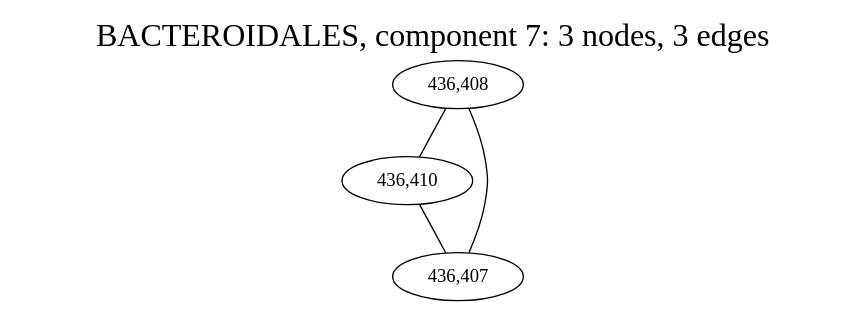
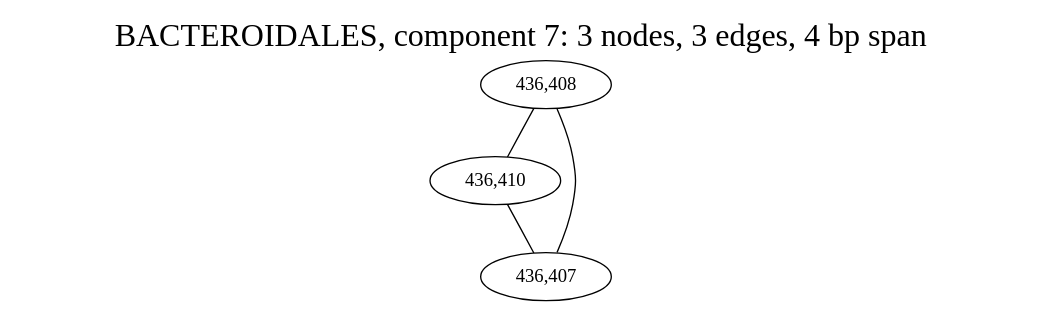
One commit to fedarko/sheepgut changed the diagram in notebooks/graphs/BACTEROIDALES_cc7.gv. Above: the diagram before and after it, drawn with Graphviz. The commit also changed 33 other files, not shown here.

```diff
--- a/notebooks/graphs/BACTEROIDALES_cc7.gv
+++ b/notebooks/graphs/BACTEROIDALES_cc7.gv
@@ -1,13 +1,13 @@
 graph BACTEROIDALES_cc7 {
 	overlap="prism50";
 	outputorder="edgesfirst";
-	label="BACTEROIDALES, component 7: 3 nodes, 3 edges";
+	label="BACTEROIDALES, component 7: 3 nodes, 3 edges, 4 bp span";
 	labelloc="t";
 	fontsize=24;
 	"436,408" [style="filled", fillcolor="#ffffff", fontcolor="#000000"];
 	"436,410" [style="filled", fillcolor="#ffffff", fontcolor="#000000"];
 	"436,407" [style="filled", fillcolor="#ffffff", fontcolor="#000000"];
 	"436,408" -- "436,407";
 	"436,408" -- "436,410";
 	"436,410" -- "436,407";
 }
```
